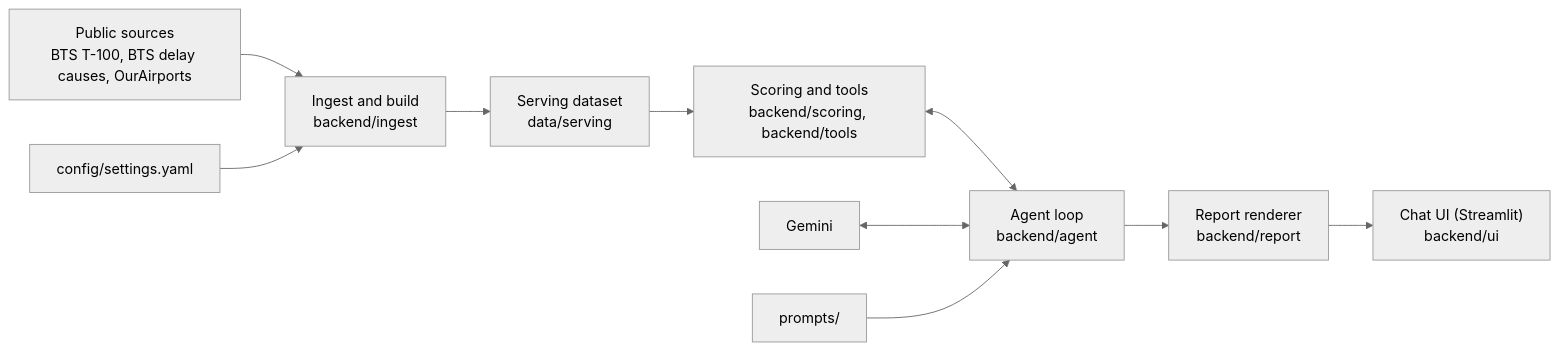
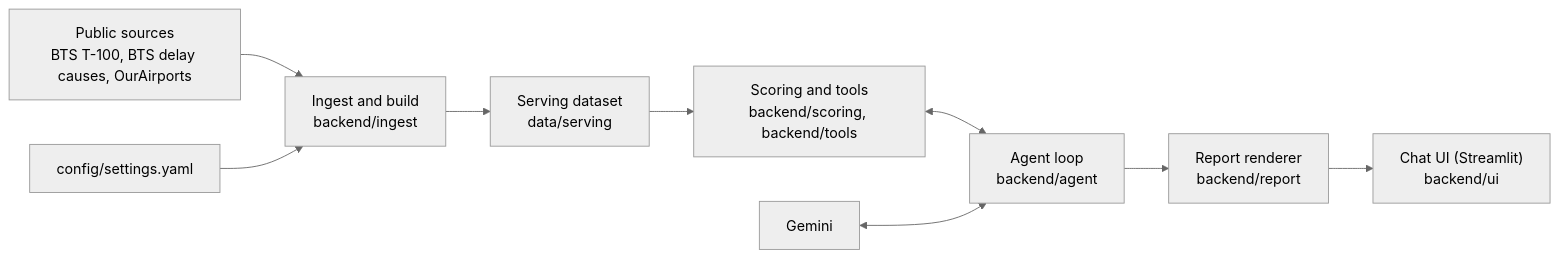
The diagram in docs/design.md (rotemsnipper/wonderfulAI), drawn with Mermaid (neutral theme) before and after one commit. The commit also changed other lines of this file, not shown here.

````diff
--- a/docs/design.md
+++ b/docs/design.md
@@ -17,12 +14,11 @@
 ```mermaid
 flowchart LR
     raw["Public sources<br/>BTS T-100, BTS delay causes, OurAirports"] --> ingest["Ingest and build<br/>backend/ingest"]
     cfg["config/settings.yaml"] --> ingest
     ingest --> serving["Serving dataset<br/>data/serving"]
     serving --> tools["Scoring and tools<br/>backend/scoring, backend/tools"]
     tools <--> loop["Agent loop<br/>backend/agent"]
     llm["Gemini"] <--> loop
-    prompts["prompts/"] --> loop
     loop --> report["Report renderer<br/>backend/report"]
     report --> ui["Chat UI (Streamlit)<br/>backend/ui"]
 ```
````
